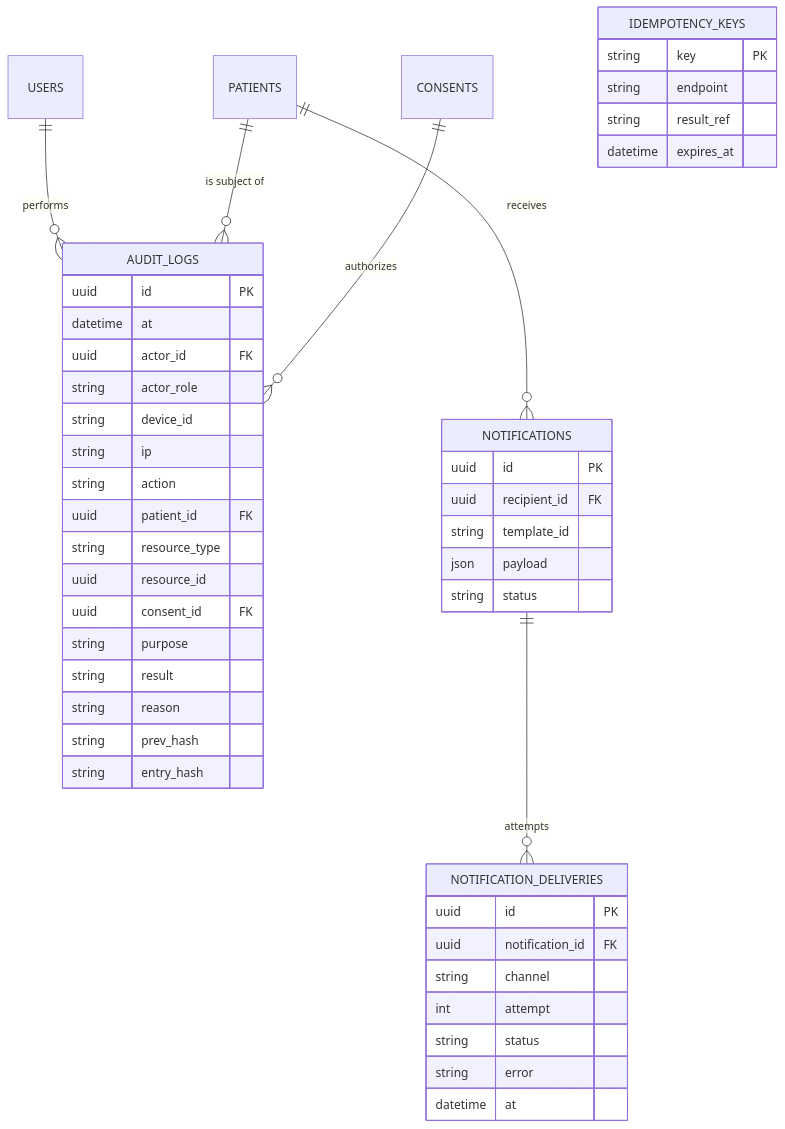
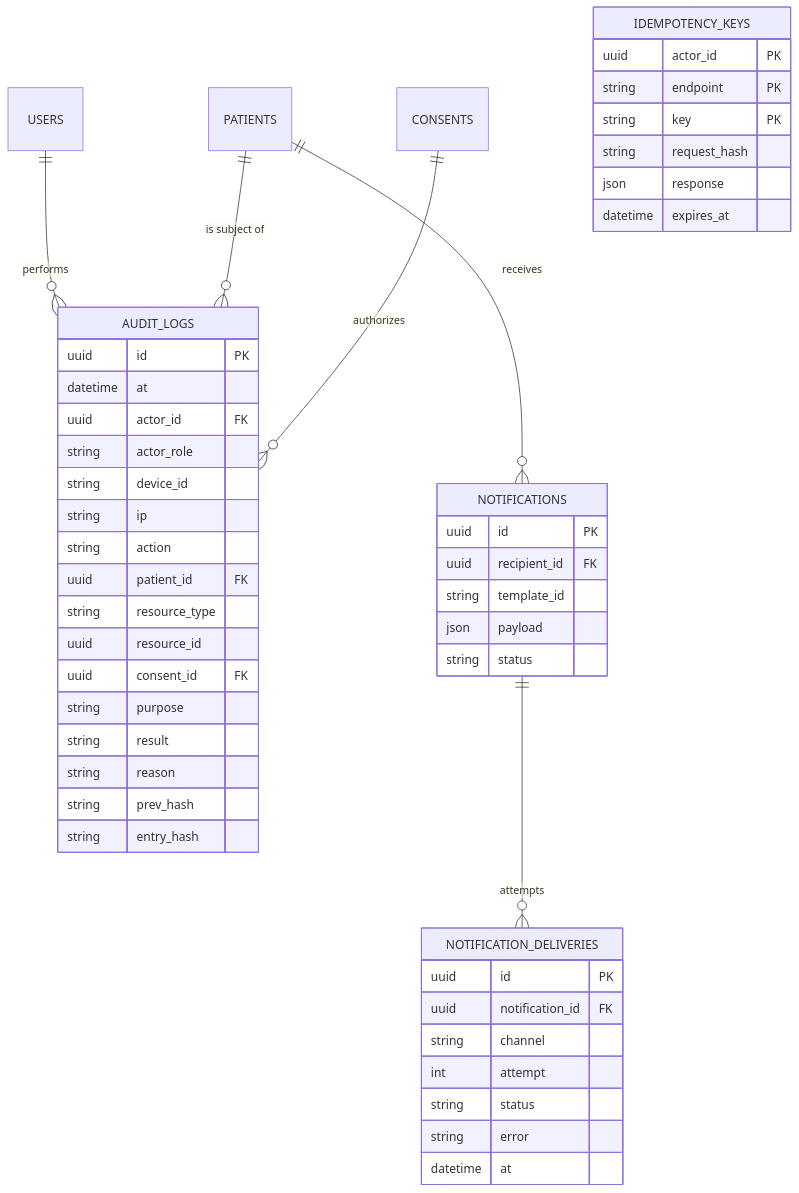
One commit to sarwar-islam/swasthyoid changed diagram 29 of 32 in docs/FRD.md. Above: the diagram before and after it, drawn with Mermaid. The commit also changed other lines of this file and 4 other files, not shown here.

````diff
--- a/docs/FRD.md
+++ b/docs/FRD.md
@@ -1242,49 +1283,51 @@
 ```mermaid
 erDiagram
     USERS ||--o{ AUDIT_LOGS : performs
     PATIENTS ||--o{ AUDIT_LOGS : "is subject of"
     CONSENTS ||--o{ AUDIT_LOGS : "authorizes"
     PATIENTS ||--o{ NOTIFICATIONS : receives
     NOTIFICATIONS ||--o{ NOTIFICATION_DELIVERIES : attempts
 
     AUDIT_LOGS {
         uuid id PK
         datetime at
         uuid actor_id FK
         string actor_role
         string device_id
         string ip
         string action
         uuid patient_id FK
         string resource_type
         uuid resource_id
         uuid consent_id FK
         string purpose
         string result
         string reason
         string prev_hash
         string entry_hash
     }
     NOTIFICATIONS {
         uuid id PK
         uuid recipient_id FK
         string template_id
         json payload
         string status
     }
     NOTIFICATION_DELIVERIES {
         uuid id PK
         uuid notification_id FK
         string channel
         int attempt
         string status
         string error
         datetime at
     }
     IDEMPOTENCY_KEYS {
+        uuid actor_id PK
+        string endpoint PK
         string key PK
-        string endpoint
-        string result_ref
+        string request_hash
+        json response
         datetime expires_at
     }
 ```
````
